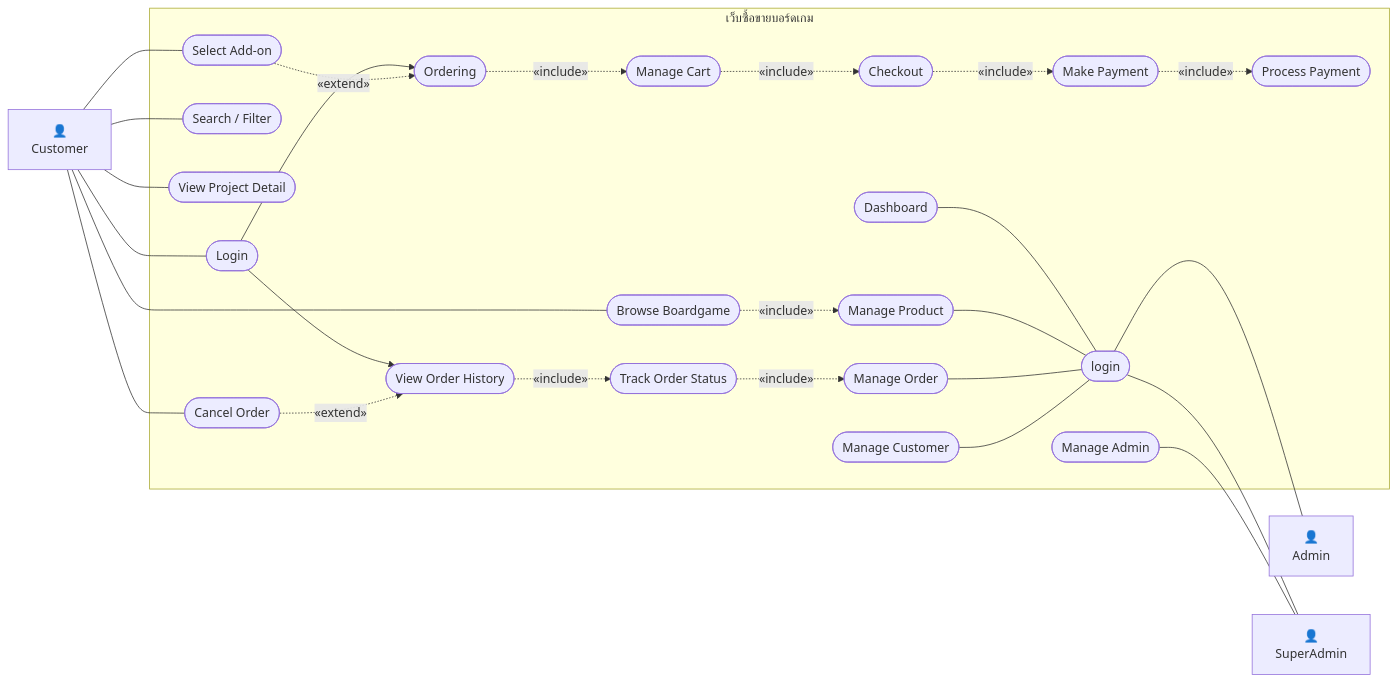
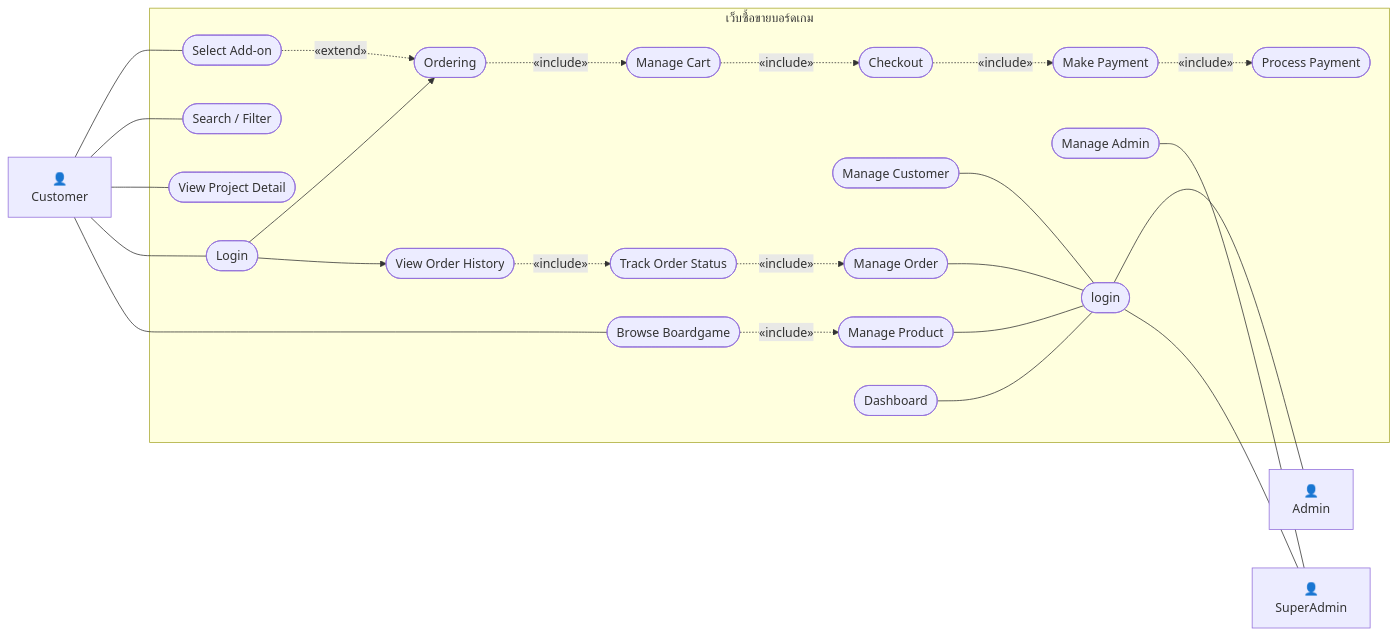
Before and after one commit to PurivatHewkao/BoardHouse: the first of 6 diagrams in README.md, drawn with Mermaid. The commit also changed other lines of this file, not shown here.

Commit message:
Update README.md - ปรับ diagram ต่าง ๆ ให้ถูกต้องเหมือนกับ miro - เพิ่ม sequence diagram สำหรับ super admin - update data schema ให้ตรงกับ class diagram - upate techstack เพิ่ม backend

````diff
--- a/README.md
+++ b/README.md
@@ -259,64 +258,61 @@
 ```mermaid
 flowchart LR
     Customer["👤<br/>Customer"]
 
     Admin["👤<br/>Admin"]
     SuperAdmin["👤<br/>SuperAdmin"]
 
     subgraph System["เว็บซื้อขายบอร์ดเกม"]
         Browse([Browse Boardgame])
         LoginCustomer([Login])
         Search([Search / Filter])
         Detail([View Project Detail])
 
         Ordering([Ordering])
         Cart([Manage Cart])
         Addon([Select Add-on])
         Checkout([Checkout])
         Payment([Make Payment])
         ProcessPayment([Process Payment])
 
         History([View Order History])
         Track([Track Order Status])
-        Cancel([Cancel Order])
 
         AdminLogin([login])
         Dashboard([Dashboard])
         ManageProduct([Manage Product])
         ManageOrder([Manage Order])
         ManageCustomer([Manage Customer])
         ManageAdmin([Manage Admin])
     end
 
     Customer --- Browse
     Customer --- LoginCustomer
     Customer ---Search
     Customer --- Detail
     Customer --- Addon
-    Customer --- Cancel
 
     LoginCustomer --> Ordering
     LoginCustomer --> History
 
     Ordering -.->|«include»| Cart
     Addon -.->|«extend»| Ordering
     Cart -.->|«include»| Checkout
     Checkout -.->|«include»| Payment
     Payment -.->|«include»| ProcessPayment
 
     History -.->|«include»| Track
-    Cancel -.->|«extend»| History
 
     AdminLogin --- Admin
     Dashboard --- AdminLogin
     ManageProduct --- AdminLogin
     ManageOrder --- AdminLogin
     ManageCustomer --- AdminLogin
 
     Track-.->|«include»| ManageOrder
     Browse -.->|«include»| ManageProduct
 
     AdminLogin --- SuperAdmin
     ManageAdmin --- SuperAdmin
 
 ```
````
